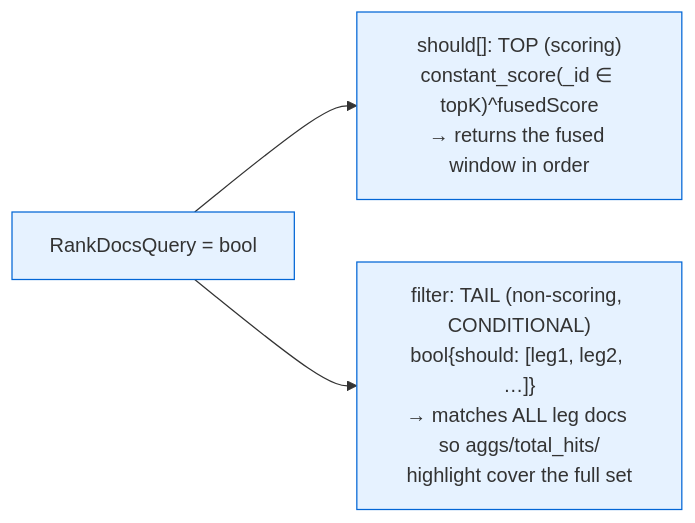
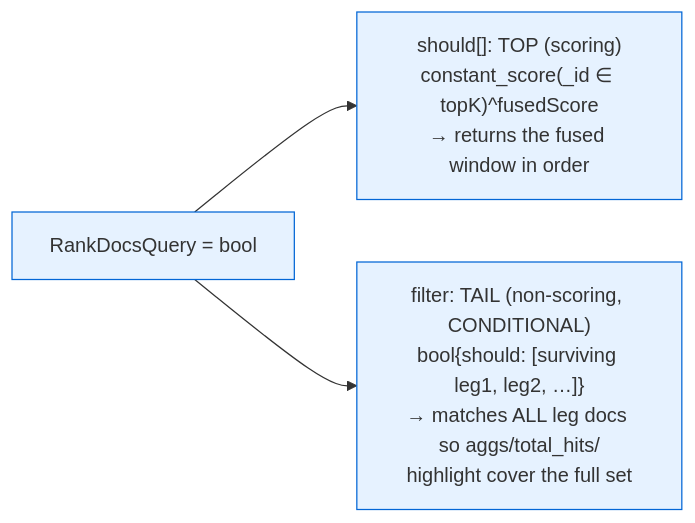
Before and after one commit to martin-gaievski/neural-search: the fifth of 7 diagrams in RESOLVER_POC_DIAGRAMS.md, drawn with Mermaid. The commit also changed other lines of this file and 1 other file, not shown here.

First line of the commit message:
docs(resolver): update POC README + diagrams to v2 architecture

````diff
--- a/RESOLVER_POC_DIAGRAMS.md
+++ b/RESOLVER_POC_DIAGRAMS.md
@@ -159,7 +156,7 @@
 ```mermaid
 flowchart LR
     RDQ["RankDocsQuery = bool"] --> TOP["should[]: TOP (scoring)\nconstant_score(_id ∈ topK)^fusedScore\n→ returns the fused window in order"]
-    RDQ --> TAIL["filter: TAIL (non-scoring, CONDITIONAL)\nbool{should: [leg1, leg2, …]}\n→ matches ALL leg docs so aggs/total_hits/\nhighlight cover the full set"]
+    RDQ --> TAIL["filter: TAIL (non-scoring, CONDITIONAL)\nbool{should: [surviving leg1, leg2, …]}\n→ matches ALL leg docs so aggs/total_hits/\nhighlight cover the full set"]
     classDef novel fill:#e6f2ff,stroke:#0366d6;
     class RDQ,TOP,TAIL novel;
 ```
````
